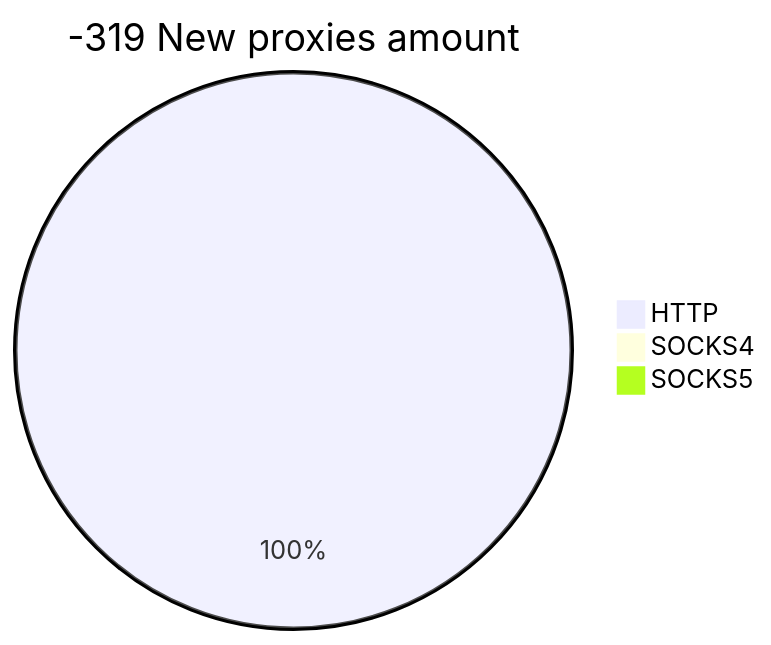
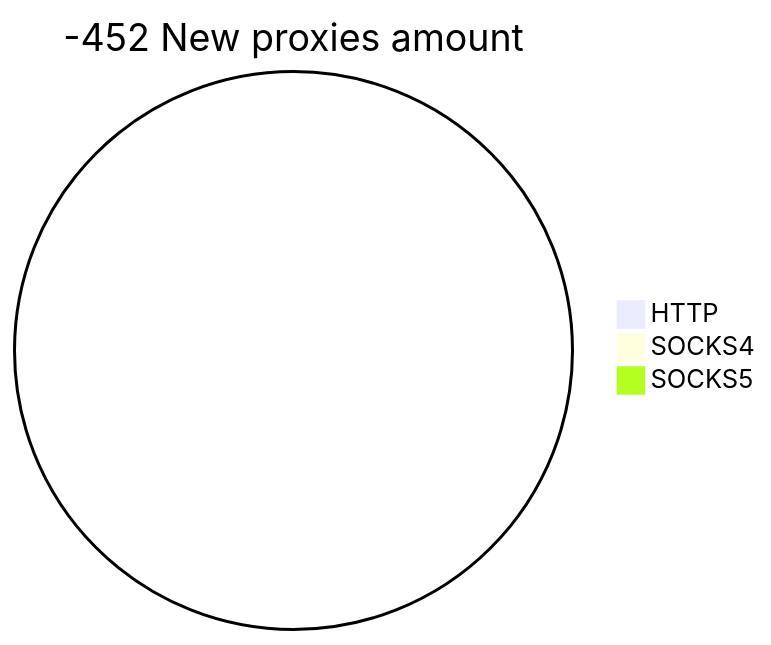
The second of 2 diagrams in README.md (cutipu/proxylist), drawn with Mermaid before and after one commit. The commit also changed other lines of this file, not shown here.

````diff
--- a/README.md
+++ b/README.md
@@ -10,6 +10,6 @@
 ```mermaid
-pie title -319 New proxies amount
-    "HTTP" : 351
+pie title -452 New proxies amount
+    "HTTP" : 0
     "SOCKS4" : 0
     "SOCKS5" : 0
 ```
````
